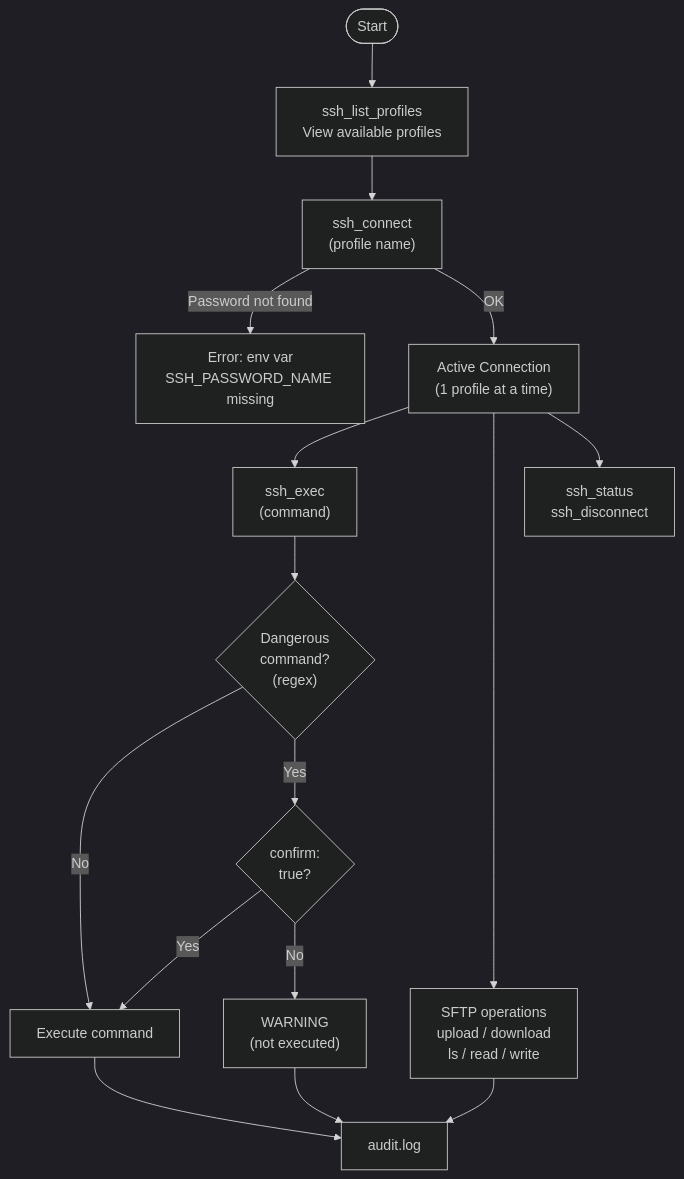
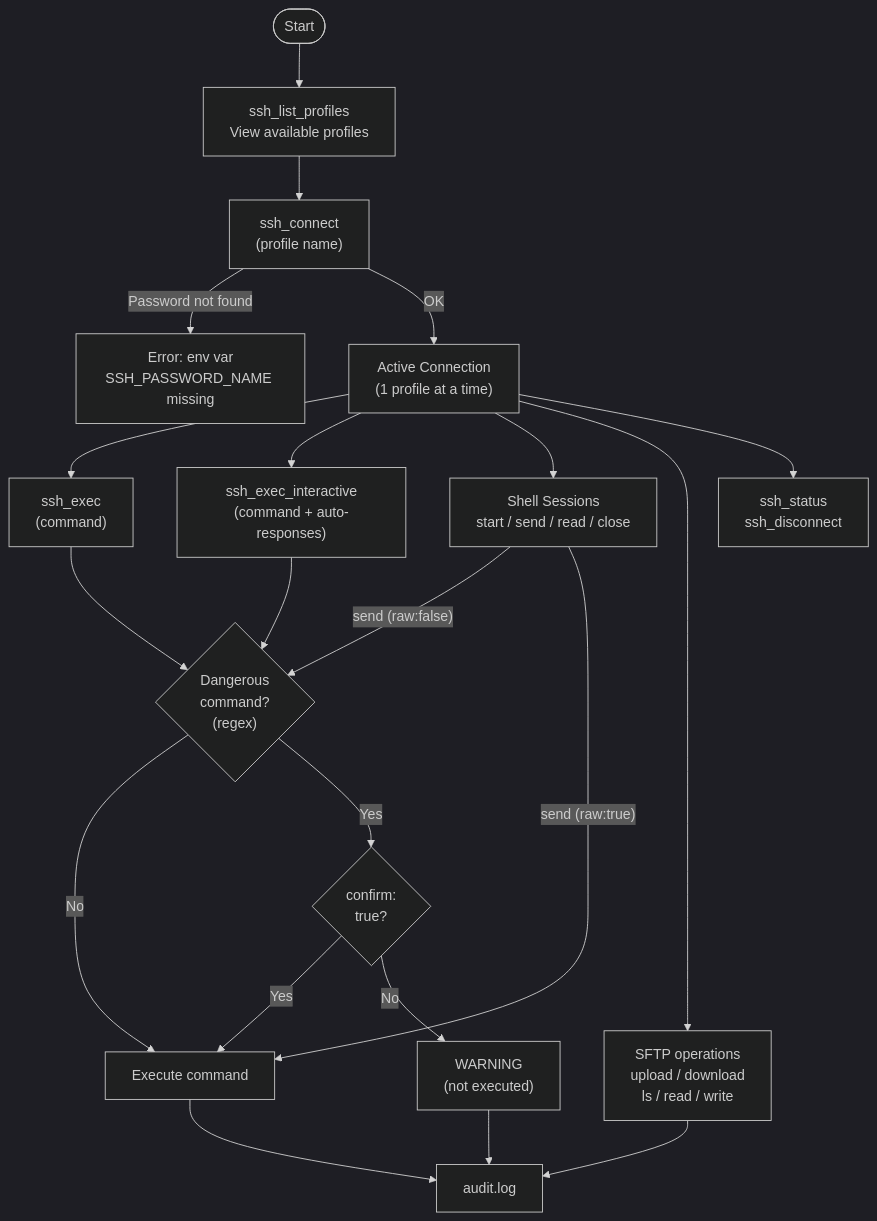
Before and after one commit to d3v1an/ssh-mcp: the second of 3 diagrams in README.md, drawn with Mermaid (dark theme). The commit also changed other lines of this file and 5 other files, not shown here.

````diff
--- a/README.md
+++ b/README.md
@@ -44,21 +48,27 @@
 ```mermaid
 flowchart TD
     Start([Start]) --> ListProfiles["ssh_list_profiles<br/>View available profiles"]
     ListProfiles --> Connect["ssh_connect<br/>(profile name)"]
     Connect -->|Password not found| Error["Error: env var<br/>SSH_PASSWORD_NAME missing"]
     Connect -->|OK| Active["Active Connection<br/>(1 profile at a time)"]
 
     Active --> ExecBranch["ssh_exec<br/>(command)"]
+    Active --> InteractiveBranch["ssh_exec_interactive<br/>(command + auto-responses)"]
+    Active --> ShellBranch["Shell Sessions<br/>start / send / read / close"]
     Active --> SFTPBranch["SFTP operations<br/>upload / download<br/>ls / read / write"]
     Active --> StatusBranch["ssh_status<br/>ssh_disconnect"]
 
     ExecBranch --> DangerCheck{"Dangerous<br/>command?<br/>(regex)"}
+    InteractiveBranch --> DangerCheck
     DangerCheck -->|No| Execute["Execute command"]
     DangerCheck -->|Yes| ConfirmCheck{"confirm:<br/>true?"}
     ConfirmCheck -->|Yes| Execute
     ConfirmCheck -->|No| Warning["WARNING<br/>(not executed)"]
 
+    ShellBranch -->|"send (raw:false)"| DangerCheck
+    ShellBranch -->|"send (raw:true)"| Execute
+
     Execute --> Audit["audit.log"]
     SFTPBranch --> Audit
     Warning --> Audit
 ```
````
